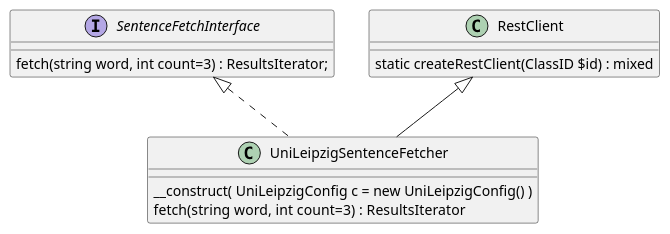
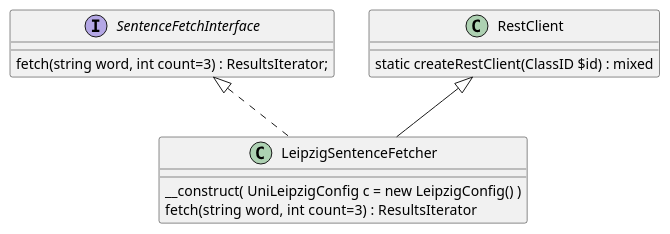
The diagram in plantuml/sentence-fetcher.puml (kurt-krueckeberg/php-translation-and-dictionary-rest-api-classes), drawn with PlantUML before and after one commit. The commit also changed 4 other files, not shown here.

```diff
--- a/plantuml/sentence-fetcher.puml
+++ b/plantuml/sentence-fetcher.puml
@@ -1,16 +1,16 @@
 interface SentenceFetchInterface  { 
 
    fetch(string word, int count=3) : ResultsIterator;
 }
 
 class RestClient {
 
    static createRestClient(ClassID $id) : mixed
 }
 
-class UniLeipzigSentenceFetcher extends RestClient implements SentenceFetchInterface {
+class LeipzigSentenceFetcher extends RestClient implements SentenceFetchInterface {
 
-   __construct( UniLeipzigConfig c = new UniLeipzigConfig() )
+   __construct( UniLeipzigConfig c = new LeipzigConfig() )
    
    fetch(string word, int count=3) :  ResultsIterator
 }
```
